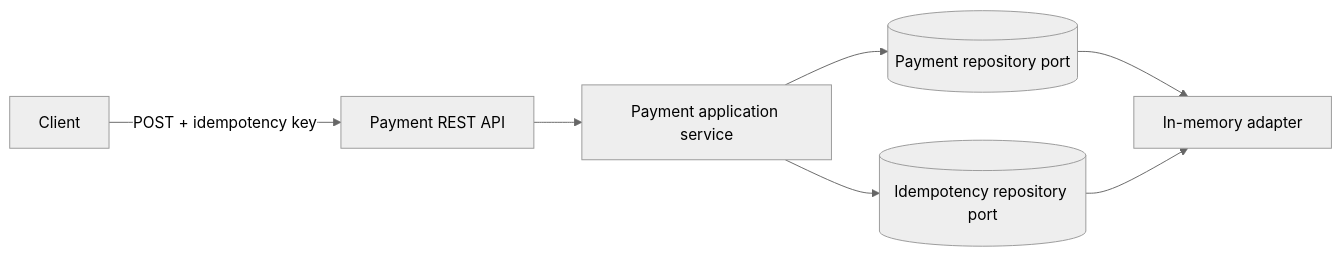
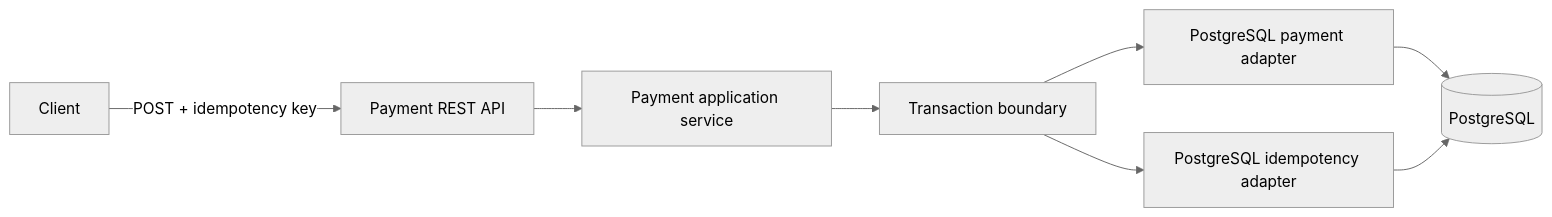
The diagram in README.md (yasaswimandava/payment-reliability-lab), drawn with Mermaid (neutral theme) before and after one commit. The commit also changed other lines of this file and 2 other files, not shown here.

Commit message:
docs: record PostgreSQL concurrency design

````diff
--- a/README.md
+++ b/README.md
@@ -25,9 +29,10 @@
 ```mermaid
 flowchart LR
     Client -->|POST + idempotency key| API[Payment REST API]
     API --> Service[Payment application service]
-    Service --> Payments[(Payment repository port)]
-    Service --> Keys[(Idempotency repository port)]
-    Payments --> Memory[In-memory adapter]
-    Keys --> Memory
+    Service --> TX[Transaction boundary]
+    TX --> Payments[PostgreSQL payment adapter]
+    TX --> Keys[PostgreSQL idempotency adapter]
+    Payments --> DB[(PostgreSQL)]
+    Keys --> DB
 ```
````
